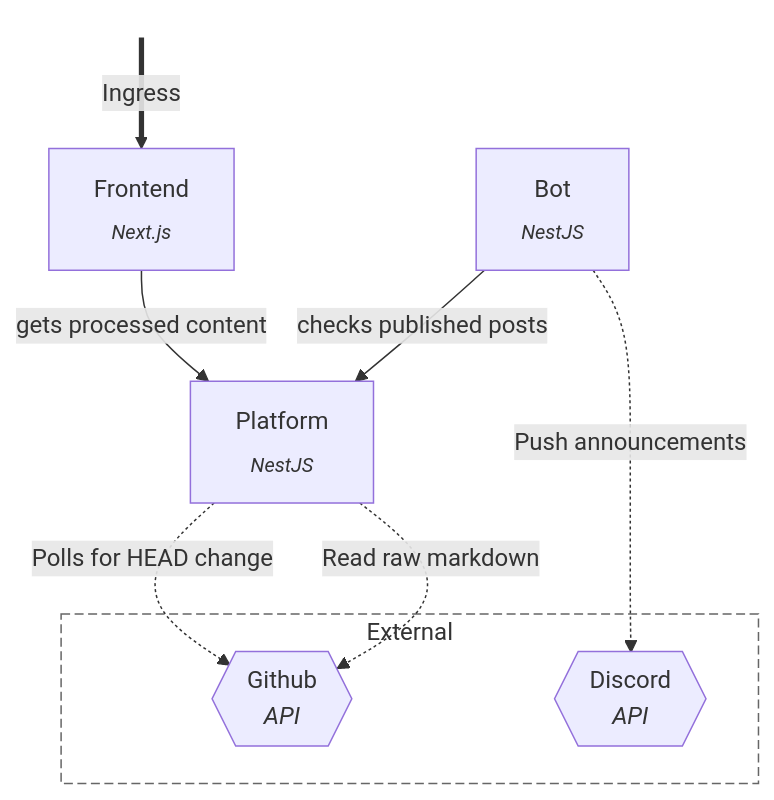
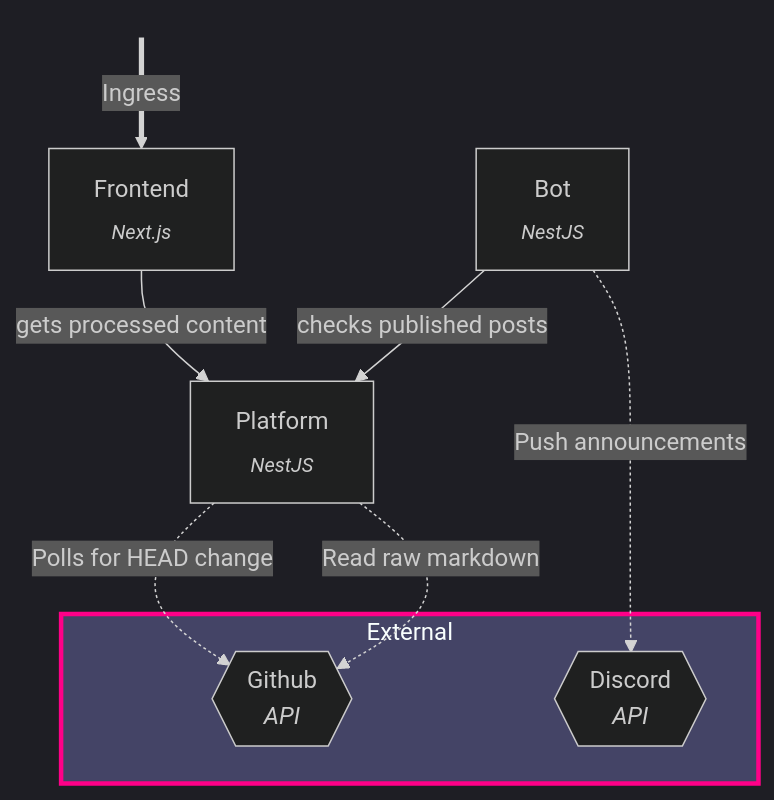
One commit to gr-blog/grb changed the diagram in README.md. Above: the diagram before and after it, drawn with Mermaid. The commit also changed other lines of this file, not shown here.

Commit message:
docs: fix mermaid

````diff
--- a/README.md
+++ b/README.md
@@ -9,24 +12,27 @@
 ```mermaid
+%%{ init: { 'theme': 'dark' } }%%
+
 graph TD
+
 	Ext@{shape: circle, label: " "}
 	Frontend["Frontend<br/><sub><i>Next.js</i></sub>"]
 
 	style Ext fill:none,stroke:none
 	style Frontend stroke:4,strokeWidth:5
 	Ext == "Ingress" ==> Frontend
-	subgraph External["External"]
+	subgraph External
 		Discord{{"Discord<br/><i>API</i>"}}
 		GH{{"Github<br/><i>API</i>"}}
 	end
+   style External fill:#446,stroke:#f08,stroke-width:3px
 
-	style External stroke:#666,stroke-dasharray:6 3,fill:#fff
     Platform["Platform<br/><sub><i>NestJS</i></sub>"]
     Bot["Bot<br/><sub><i>NestJS</i></sub>"]
-	
+
     Frontend -- "gets processed content" --> Platform
     Bot -- "checks published posts" --> Platform
     Bot -.->|"Push announcements"| Discord
     Platform -.->|"Polls for HEAD change"| GH
     Platform -.->|"Read raw markdown"| GH
-    
+
 ```
````
